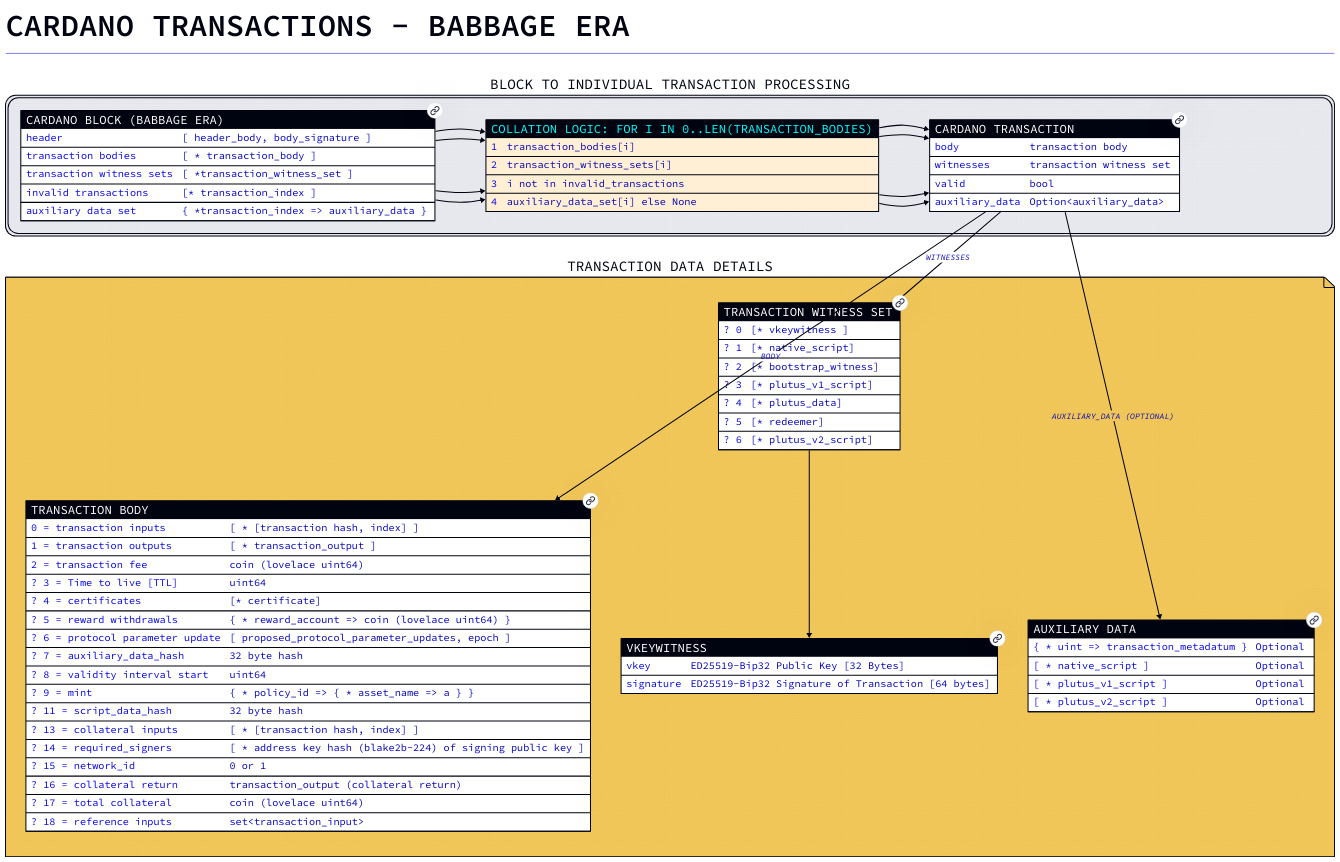
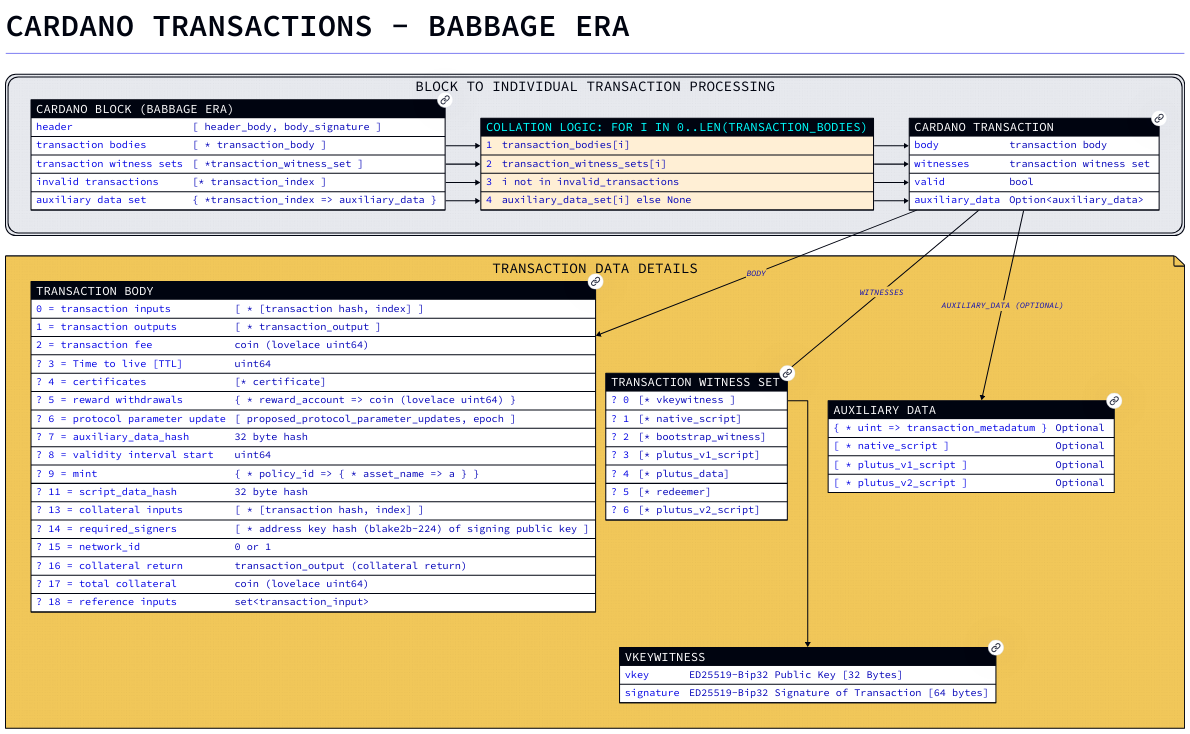
Before and after one commit to input-output-hk/catalyst-voices: the diagram in docs/src/catalyst-standards/draft-cips/role-registration/cardano-transaction.d2, drawn with D2. The source asks for the TALA layout; these drawings use dagre instead.

Commit message:
docs(cips): fix layout engine

```diff
--- a/docs/src/catalyst-standards/draft-cips/role-registration/cardano-transaction.d2
+++ b/docs/src/catalyst-standards/draft-cips/role-registration/cardano-transaction.d2
@@ -1,151 +1,150 @@
 vars: {
   d2-config: {
-    layout-engine: tala
+    layout-engine: elk
 
     # Terminal theme code
-
     theme-id: 300
   }
 }
 
 direction: right
 grid-columns: 1
 
 title: |md
   # Cardano Transactions - Babbage ERA
 | {
   shape: text
   # near: top-left  
   style: {
     font-size: 30
   }
 }
 
 processing: "Block to Individual Transaction Processing" {
   direction: right
 
   style: {
     border-radius: 20
   }
 
   cardano block transactions: "Cardano Block (Babbage ERA)" {
     shape: sql_table
     link: "https://github.com/IntersectMBO/cardano-ledger/blob/6d860294304749a767d99db92fab42f7c18d9af4/eras/babbage/impl/cddl-files/babbage.cddl#L3-L6"
     header: "[ header_body, body_signature ]"
     transaction bodies: "[ * transaction_body ]"
     transaction witness sets: "[ *transaction_witness_set ]"
     invalid transactions: "[* transaction_index ]"
     auxiliary data set: "{ *transaction_index => auxiliary_data }"
   }
 
   individual_transaction: "Cardano Transaction" {
     shape: sql_table
     link: "https://github.com/IntersectMBO/cardano-ledger/blob/6d860294304749a767d99db92fab42f7c18d9af4/eras/babbage/impl/cddl-files/babbage.cddl#L13-L18"
     body: "transaction body"
     witnesses: "transaction witness set"
     valid: "bool"
     auxiliary_data: "Option<auxiliary_data>"
   }
 
   collator: "collation logic: for i in 0..len(transaction_bodies)" {
     shape: sql_table
     style: {
       stroke: PapayaWhip
       font-color: cyan
     }
     1: "transaction_bodies[i]" {
       shape: text
       style: {
         font: mono
       }
     }
     2: "transaction_witness_sets[i]" {
       shape: text
       style: {
         font: mono
       }
     }
     3: "i not in invalid_transactions" {
       shape: text
       style: {
         font: mono
       }
     }
     4: "auxiliary_data_set[i] else None" {
       shape: text
       style: {
         font: mono
       }
     }
   }
 
   cardano block transactions.transaction bodies -> collator.1
   cardano block transactions.transaction witness sets -> collator.2
   cardano block transactions.auxiliary data set -> collator.4
   cardano block transactions.invalid transactions -> collator.3
 
   collator.1 -> individual_transaction.body
   collator.2 -> individual_transaction.witnesses
   collator.3 -> individual_transaction.valid
   collator.4 -> individual_transaction.auxiliary_data
 }
 
 transaction_data: "Transaction Data Details" {
   shape: page
 
   transaction_body: "transaction body" {
     shape: sql_table
     link: "https://github.com/IntersectMBO/cardano-ledger/blob/6d860294304749a767d99db92fab42f7c18d9af4/eras/babbage/impl/cddl-files/babbage.cddl#L53-L71"
     "0 = transaction inputs": "[ * [transaction hash, index] ]"
     "1 = transaction outputs": "[ * transaction_output ]"
     "2 = transaction fee": "coin (lovelace uint64)"
     "? 3 = Time to live \[TTL\]": "uint64"
     "? 4 = certificates": "[* certificate]"
     "? 5 = reward withdrawals": "{ * reward_account => coin (lovelace uint64) }"
     "? 6 = protocol parameter update": "[ proposed_protocol_parameter_updates, epoch ]"
     "? 7 = auxiliary_data_hash": "32 byte hash"
     "? 8 = validity interval start": "uint64"
     "? 9 = mint": "{ * policy_id => { * asset_name => a } }"
     "? 11 = script_data_hash": "32 byte hash"
     "? 13 = collateral inputs": "[ * [transaction hash, index] ]"
     "? 14 = required_signers": "[ * address key hash (blake2b-224) of signing public key ]"
     "? 15 = network_id": "0 or 1"
     "? 16 = collateral return": transaction_output (collateral return)
     "? 17 = total collateral": "coin (lovelace uint64)"
     "? 18 = reference inputs": set<transaction_input>
   }
 
   transaction_witness_set: "transaction witness set" {
     shape: sql_table
     link: "https://github.com/IntersectMBO/cardano-ledger/blob/6d860294304749a767d99db92fab42f7c18d9af4/eras/babbage/impl/cddl-files/babbage.cddl#L295C1-L303"
     "? 0": "[* vkeywitness ]"
     "? 1": "[* native_script]"
     "? 2": "[* bootstrap_witness]"
     "? 3": "[* plutus_v1_script]"
     "? 4": "[* plutus_data]"
     "? 5": "[* redeemer]"
     "? 6": "[* plutus_v2_script]"
   }
 
   vkeywitness: {
     shape: sql_table
     link: "https://github.com/IntersectMBO/cardano-ledger/blob/6d860294304749a767d99db92fab42f7c18d9af4/eras/babbage/impl/cddl-files/babbage.cddl#L370"
     "vkey": "ED25519-Bip32 Public Key [32 Bytes]"
     "signature": "ED25519-Bip32 Signature of Transaction [64 bytes]"
   }
 
   transaction_witness_set."? 0" -> vkeywitness
 
   auxiliary_data: "auxiliary data" {
     shape: sql_table
     link: "https://github.com/IntersectMBO/cardano-ledger/blob/6d860294304749a767d99db92fab42f7c18d9af4/eras/babbage/impl/cddl-files/babbage.cddl#L359C1-L368"
     "{ * uint => transaction_metadatum }": Optional
     "[ * native_script ]": Optional
     "[ * plutus_v1_script ]": Optional
     "[ * plutus_v2_script ]": Optional
   }
 }
 
 processing.individual_transaction.body -> transaction_data.transaction_body: "body"
 processing.individual_transaction.witnesses -> transaction_data.transaction_witness_set: "witnesses"
 processing.individual_transaction.auxiliary_data -> transaction_data.auxiliary_data: "auxiliary_data (optional)"
```
